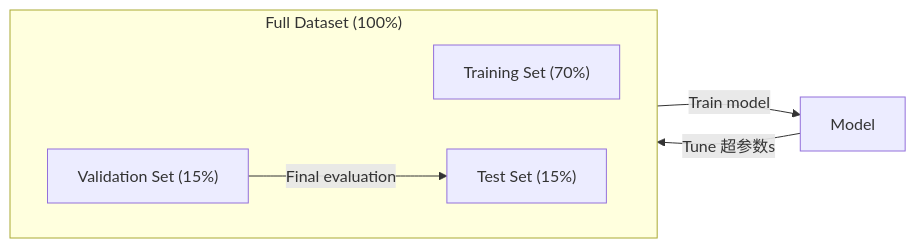
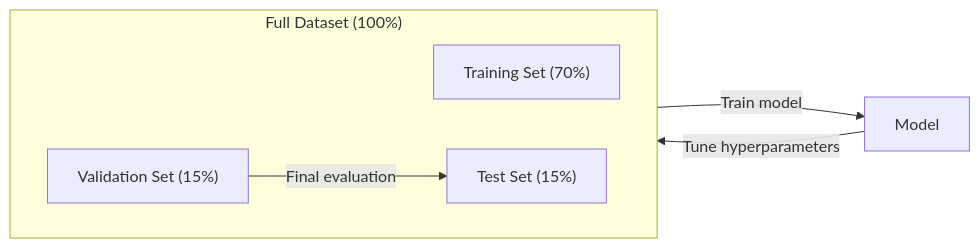
Before and after one commit to arwei944/ai-engineering-from-scratch: the fourth of 6 diagrams in phases/02-ml-fundamentals/01-what-is-machine-learning/docs/zh.md, drawn with Mermaid. The commit also changed other lines of this file and 65 other files, not shown here.

````diff
--- a/phases/02-ml-fundamentals/01-what-is-machine-learning/docs/zh.md
+++ b/phases/02-ml-fundamentals/01-what-is-machine-learning/docs/zh.md
@@ -157,13 +157,13 @@
 ```mermaid
 flowchart LR
     subgraph Dataset["Full Dataset (100%)"]
         direction LR
         TR["Training Set (70%)"]
         VA["Validation Set (15%)"]
         TE["Test Set (15%)"]
     end
 
     TR -->|Train model| M[Model]
-    M -->|Tune 超参数s| VA
+    M -->|Tune hyperparameters| VA
     VA -->|Final evaluation| TE
 ```
````
